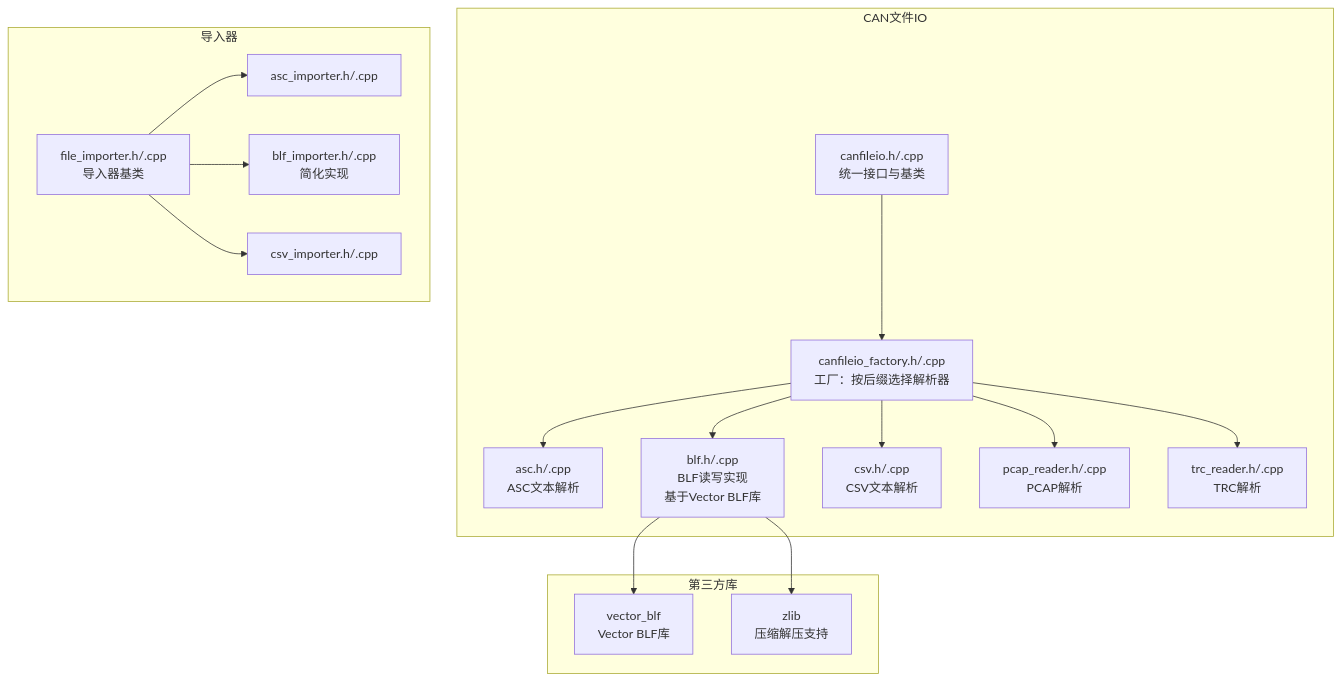
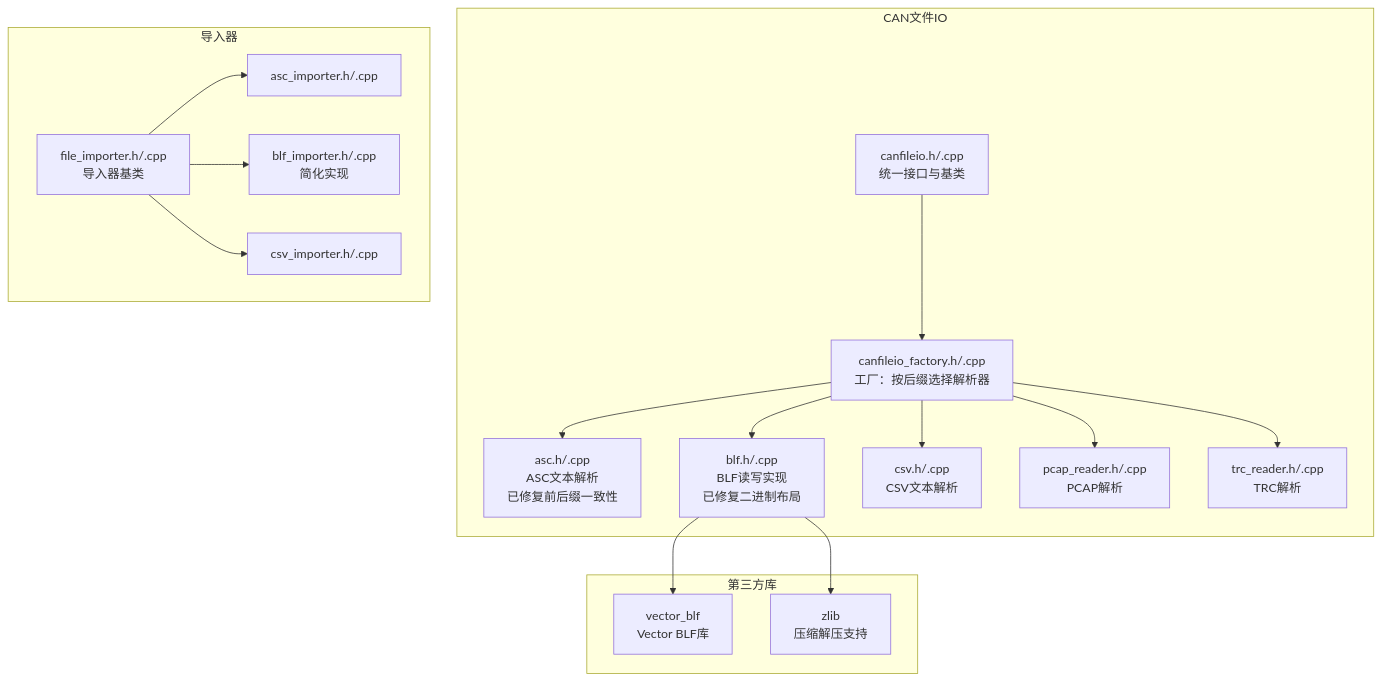
Before and after one commit to jakecai1225-design/OpenBus: the first of 11 diagrams in .qoder/repowiki/zh/content/核心模块详解/CAN文件IO系统.md, drawn with Mermaid. The commit also changed other lines of this file and 56 other files, not shown here.

Commit message:
trace graphic优化

````diff
--- a/.qoder/repowiki/zh/content/核心模块详解/CAN文件IO系统.md
+++ b/.qoder/repowiki/zh/content/核心模块详解/CAN文件IO系统.md
@@ -60,33 +60,33 @@
 ```mermaid
 graph TB
 subgraph "CAN文件IO"
 A["canfileio.h/.cpp<br/>统一接口与基类"]
 B["canfileio_factory.h/.cpp<br/>工厂：按后缀选择解析器"]
-C["asc.h/.cpp<br/>ASC文本解析"]
-D["blf.h/.cpp<br/>BLF读写实现<br/>基于Vector BLF库"]
+C["asc.h/.cpp<br/>ASC文本解析<br/>已修复前后缀一致性"]
+D["blf.h/.cpp<br/>BLF读写实现<br/>已修复二进制布局"]
 E["csv.h/.cpp<br/>CSV文本解析"]
 F["pcap_reader.h/.cpp<br/>PCAP解析"]
 G["trc_reader.h/.cpp<br/>TRC解析"]
 end
 subgraph "导入器"
 H["file_importer.h/.cpp<br/>导入器基类"]
 I["asc_importer.h/.cpp"]
 J["blf_importer.h/.cpp<br/>简化实现"]
 K["csv_importer.h/.cpp"]
 end
 subgraph "第三方库"
 L["vector_blf<br/>Vector BLF库"]
 M["zlib<br/>压缩解压支持"]
 end
 A --> B
 B --> C
 B --> D
 B --> E
 B --> F
 B --> G
 H --> I
 H --> J
 H --> K
 D --> L
 D --> M
 ```
````
